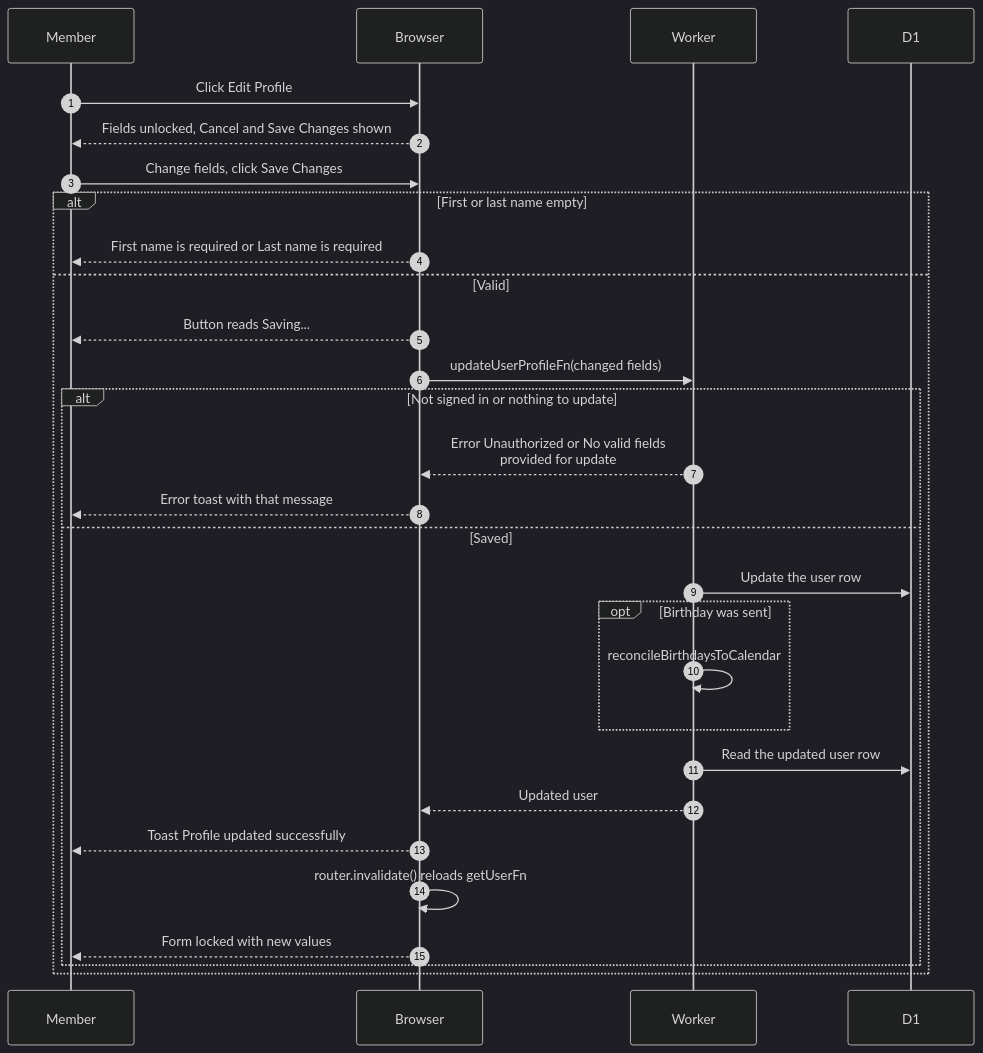
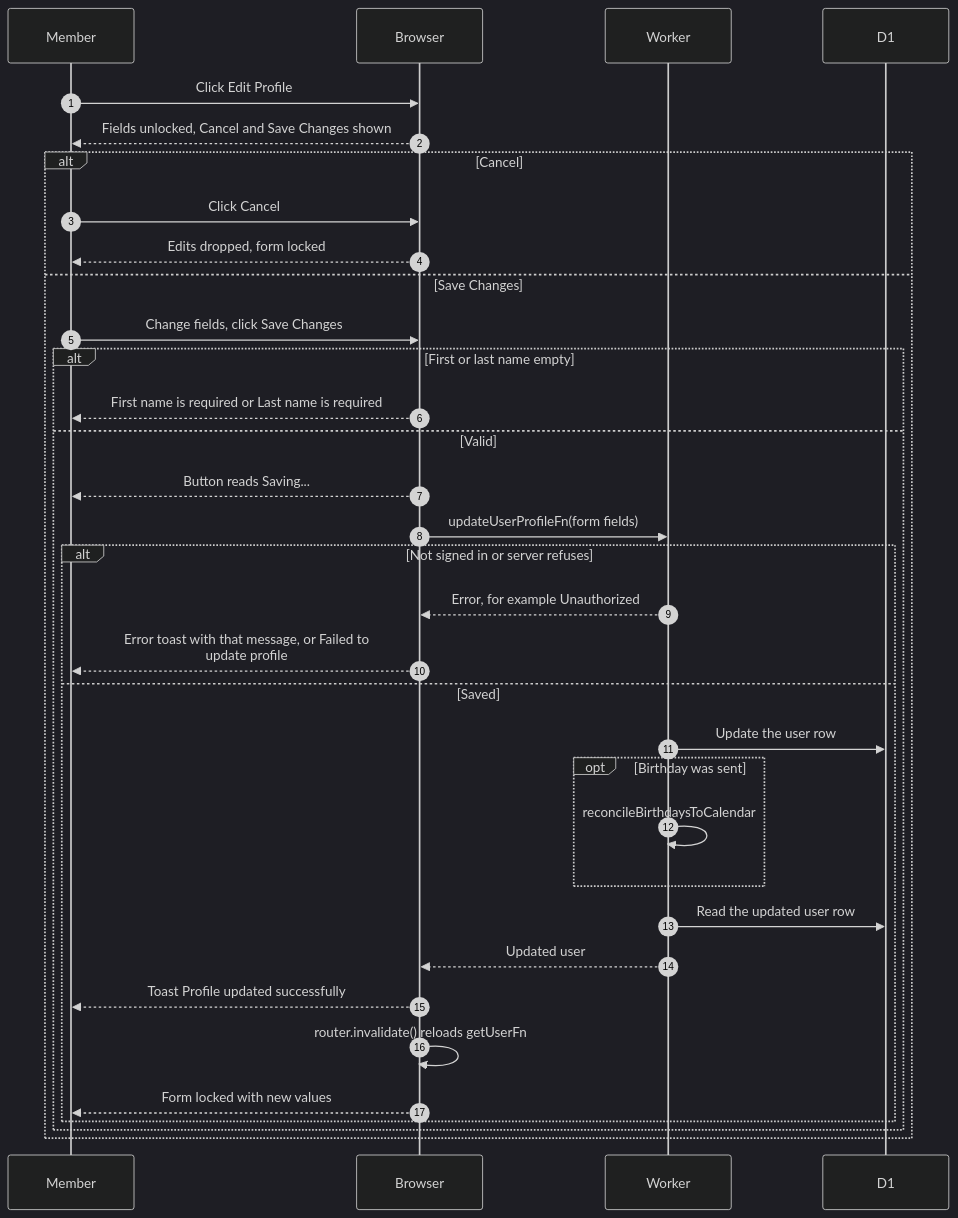
The diagram in docs/scenarios/account/profile-edit.md (sagyzdop/meriksirat), drawn with Mermaid (dark theme) before and after one commit. The commit also changed other lines of this file and 12 other files, not shown here.

Commit message:
docs(scenarios): verify account diagrams against the code

````diff
--- a/docs/scenarios/account/profile-edit.md
+++ b/docs/scenarios/account/profile-edit.md
@@ -26,31 +27,36 @@
 ```mermaid
 sequenceDiagram
     autonumber
     participant P as Member
     participant B as Browser
     participant W as Worker
     participant D as D1
     P->>B: Click Edit Profile
     B-->>P: Fields unlocked, Cancel and Save Changes shown
-    P->>B: Change fields, click Save Changes
-    alt First or last name empty
-        B-->>P: First name is required or Last name is required
-    else Valid
-        B-->>P: Button reads Saving...
-        B->>W: updateUserProfileFn(changed fields)
-        alt Not signed in or nothing to update
-            W-->>B: Error Unauthorized or No valid fields<br/>provided for update
-            B-->>P: Error toast with that message
-        else Saved
-            W->>D: Update the user row
-            opt Birthday was sent
-                W->>W: reconcileBirthdaysToCalendar
+    alt Cancel
+        P->>B: Click Cancel
+        B-->>P: Edits dropped, form locked
+    else Save Changes
+        P->>B: Change fields, click Save Changes
+        alt First or last name empty
+            B-->>P: First name is required or Last name is required
+        else Valid
+            B-->>P: Button reads Saving...
+            B->>W: updateUserProfileFn(form fields)
+            alt Not signed in or server refuses
+                W-->>B: Error, for example Unauthorized
+                B-->>P: Error toast with that message, or Failed to<br/>update profile
+            else Saved
+                W->>D: Update the user row
+                opt Birthday was sent
+                    W->>W: reconcileBirthdaysToCalendar
+                end
+                W->>D: Read the updated user row
+                W-->>B: Updated user
+                B-->>P: Toast Profile updated successfully
+                B->>B: router.invalidate() reloads getUserFn
+                B-->>P: Form locked with new values
             end
-            W->>D: Read the updated user row
-            W-->>B: Updated user
-            B-->>P: Toast Profile updated successfully
-            B->>B: router.invalidate() reloads getUserFn
-            B-->>P: Form locked with new values
         end
     end
 ```
````
